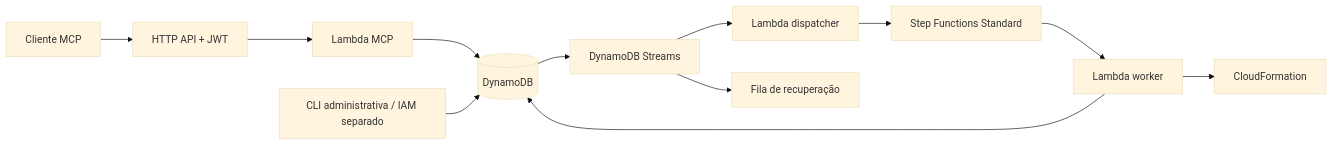
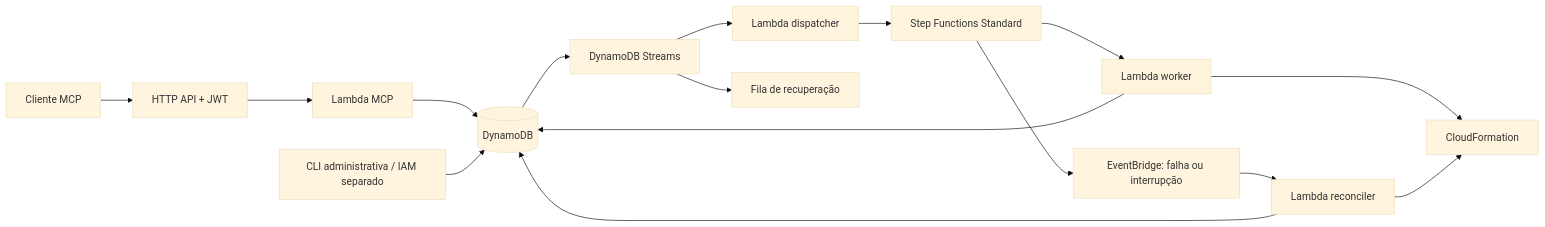
Before and after one commit to pedropaulofernandes88-stack/cloud-architect-mcp: the diagram in README.md, drawn with Mermaid (base theme). The commit also changed other lines of this file and 42 other files, not shown here.

````diff
--- a/README.md
+++ b/README.md
@@ -71,14 +84,18 @@
 ```mermaid
 flowchart LR
     Client[Cliente MCP] --> API[HTTP API + JWT]
     API --> Gateway[Lambda MCP]
     Gateway --> DB[(DynamoDB)]
     Admin[CLI administrativa / IAM separado] --> DB
     DB --> Stream[DynamoDB Streams]
     Stream --> Dispatcher[Lambda dispatcher]
     Dispatcher --> Workflow[Step Functions Standard]
     Workflow --> Worker[Lambda worker]
     Worker --> CF[CloudFormation]
     Worker --> DB
     Stream --> DLQ[Fila de recuperação]
+    Workflow --> Events[EventBridge: falha ou interrupção]
+    Events --> Reconciler[Lambda reconciler]
+    Reconciler --> CF
+    Reconciler --> DB
 ```
````
